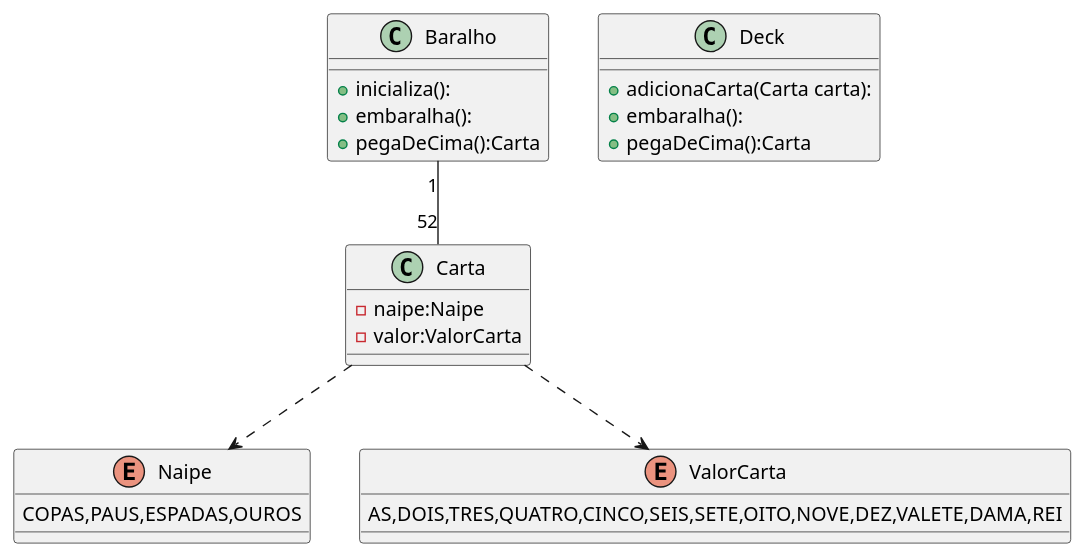
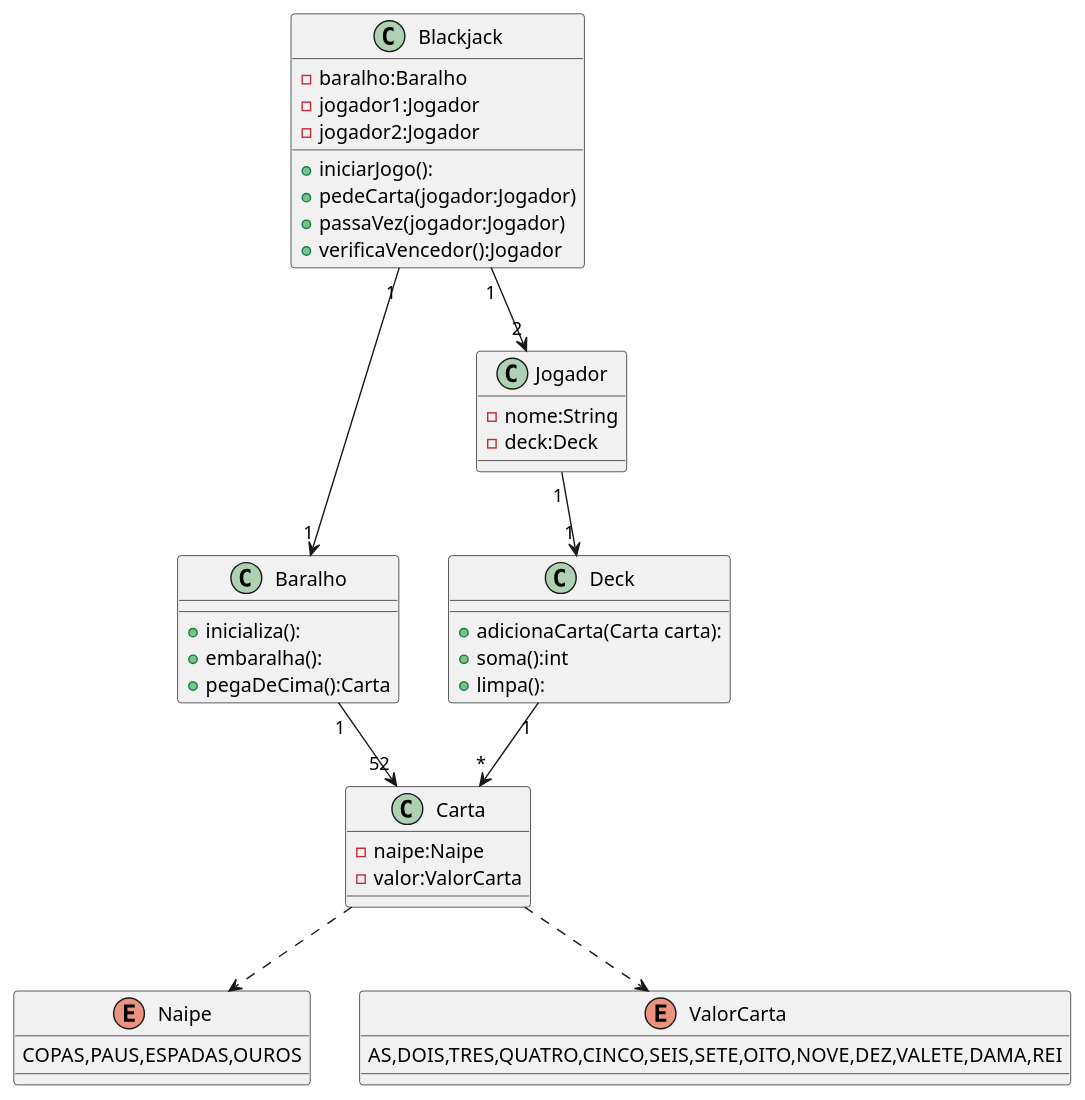
The diagram in blackjack/diagrama.puml (rodrigoschotkis/POO_2026), drawn with PlantUML before and after one commit. The commit also changed 8 other files, not shown here.

```diff
--- a/blackjack/diagrama.puml
+++ b/blackjack/diagrama.puml
@@ -1,31 +1,51 @@
 @startuml
 
 enum Naipe {
     COPAS,PAUS,ESPADAS,OUROS
 }
 
 enum ValorCarta {
     AS,DOIS,TRES,QUATRO,CINCO,SEIS,SETE,OITO,NOVE,DEZ,VALETE,DAMA,REI
 }
 
 class Carta {
     - naipe:Naipe
     - valor:ValorCarta
 }
 
 class Baralho {
     + inicializa():
     + embaralha():
     + pegaDeCima():Carta
 }
 
 class Deck {
     + adicionaCarta(Carta carta):
-    + embaralha():
-    + pegaDeCima():Carta
+    + soma():int
+    + limpa():
+}
+
+class Jogador {
+    - nome:String
+    - deck:Deck
+}
+
+class Blackjack {
+    - baralho:Baralho
+    - jogador1:Jogador
+    - jogador2:Jogador
+    + iniciarJogo():
+    + pedeCarta(jogador:Jogador)
+    + passaVez(jogador:Jogador)
+    + verificaVencedor():Jogador
 }
 
 Carta ..> Naipe
 Carta ..> ValorCarta
-Baralho "1" -- "52" Carta
+Baralho "1" --> "52" Carta
+Deck "1" --> "*" Carta
+Jogador "1" --> "1" Deck
+Blackjack "1" --> "2" Jogador
+Blackjack "1" --> "1" Baralho
+
 @enduml
```
